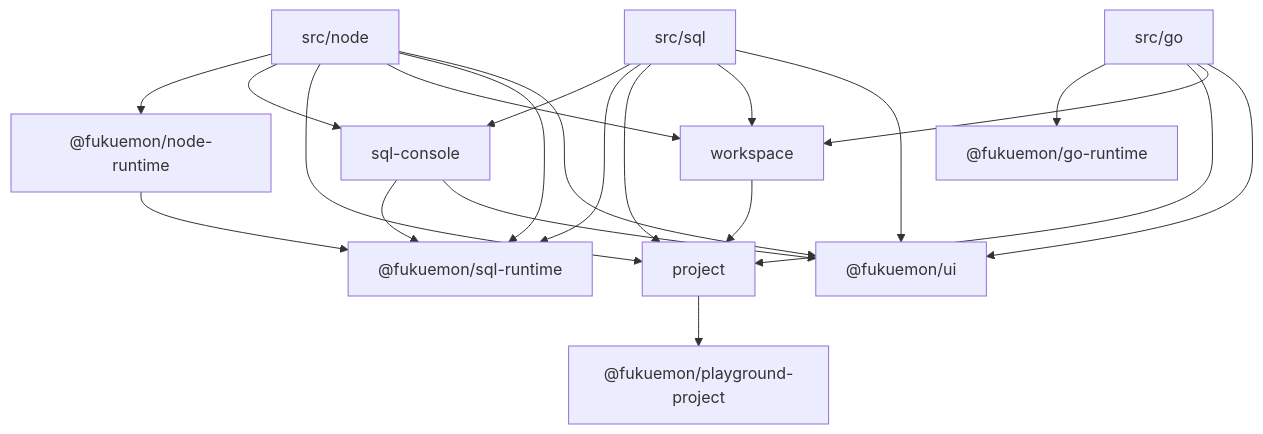
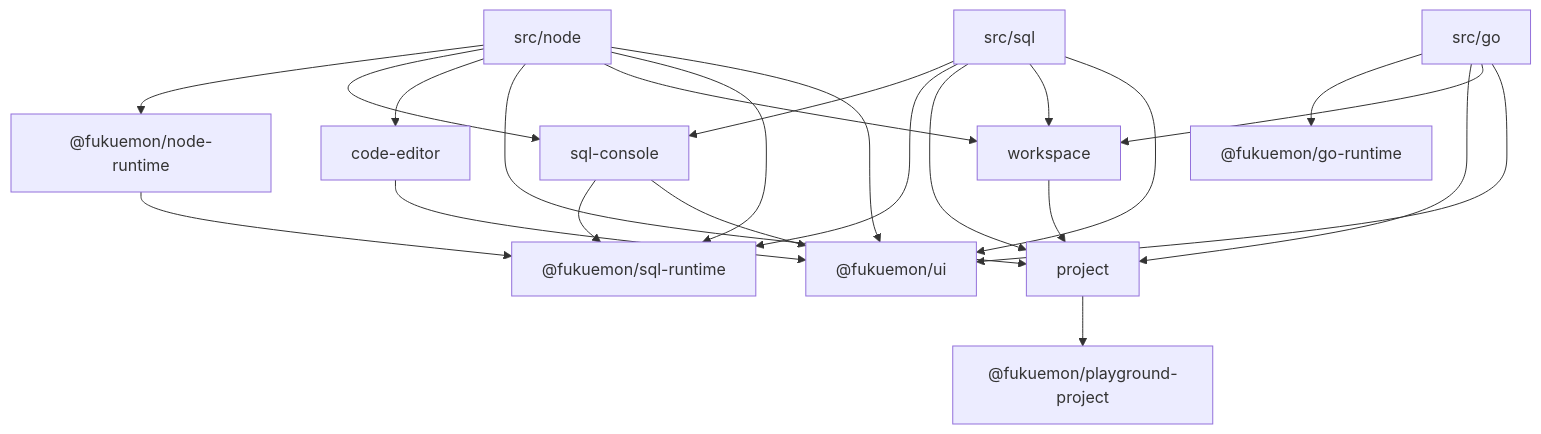
One commit to Fukuemon/fukuemon.dev changed the first of 3 diagrams in apps/playground/DesignDoc.md. Above: the diagram before and after it, drawn with Mermaid. The commit also changed other lines of this file and 3 other files, not shown here.

````diff
--- a/apps/playground/DesignDoc.md
+++ b/apps/playground/DesignDoc.md
@@ -117,35 +120,38 @@
 ```mermaid
 flowchart TB
   node["src/node"]
   sql["src/sql"]
   go["src/go"]
   console["sql-console"]
+  editor["code-editor"]
   runtime["@fukuemon/node-runtime"]
   database["@fukuemon/sql-runtime"]
   runner["@fukuemon/go-runtime"]
   project["project"]
   workspace["workspace"]
   ui["@fukuemon/ui"]
   pp["@fukuemon/playground-project"]
 
   node --> runtime
   node --> console
+  node --> editor
   node --> project
   node --> workspace
   node --> database
   node --> ui
   sql --> console
   sql --> database
   sql --> project
   sql --> workspace
   sql --> ui
   go --> runner
   go --> project
   go --> workspace
   go --> ui
   console --> database
   console --> ui
+  editor --> ui
   runtime --> database
   workspace --> project
   project --> pp
 ```
````
